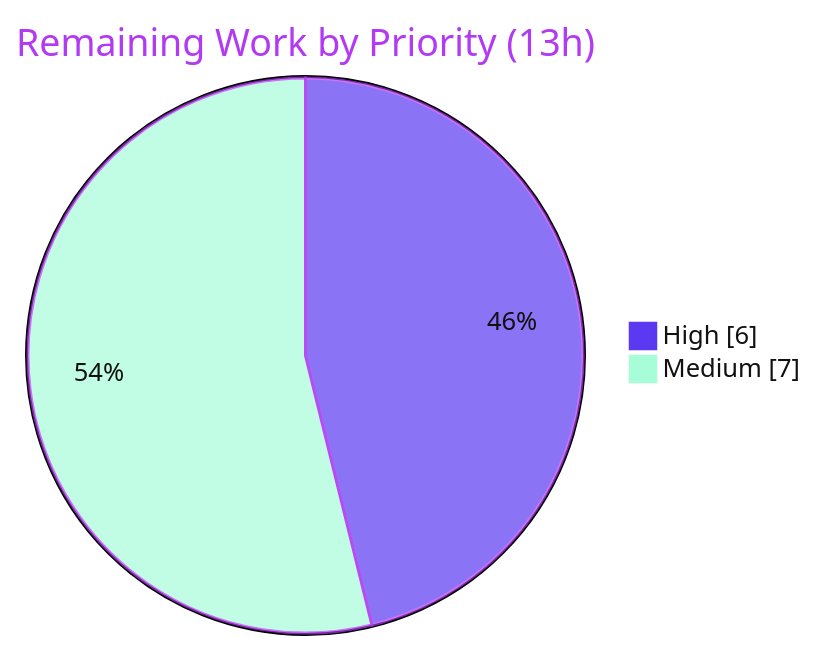
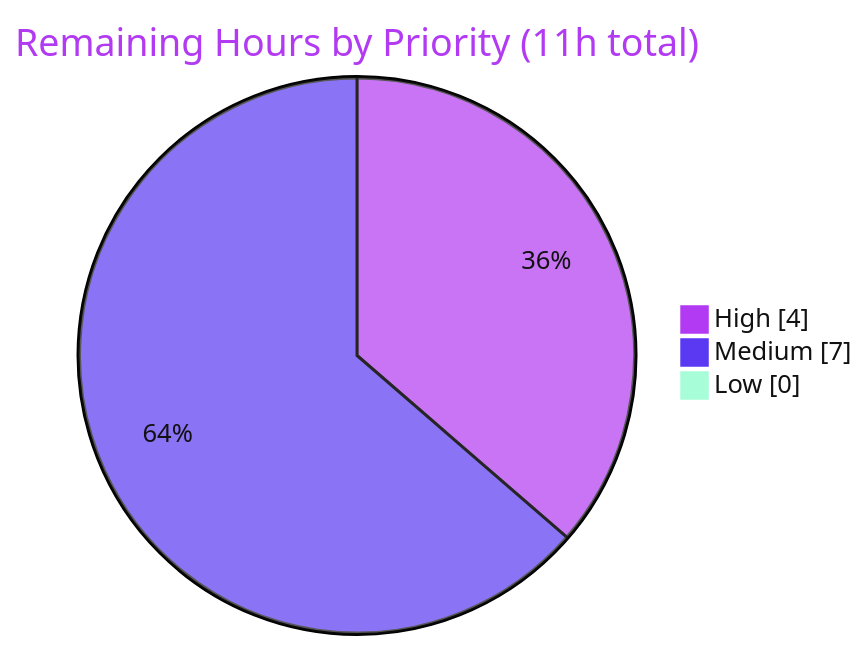
Before and after one commit to blitzy-public-samples/ecommerce-shop: the third of 4 diagrams in blitzy/documentation/Project Guide.md, drawn with Mermaid. The commit also changed other lines of this file, not shown here.

Commit message:
Adding Blitzy Project Guide: Project Status and Human Tasks Remaining

````diff
--- a/blitzy/documentation/Project Guide.md
+++ b/blitzy/documentation/Project Guide.md
@@ -210,6 +238,7 @@
 ```mermaid
-%%{init: {'theme':'base', 'themeVariables': {'pie1':'#5B39F3','pie2':'#A8FDD9','pieStrokeColor':'#B23AF2','pieTitleTextColor':'#B23AF2','pieSectionTextColor':'#111111','pieLegendTextColor':'#111111'}}}%%
-pie showData title Remaining Work by Priority (13h)
-    "High" : 6
+%%{init: {'theme':'base', 'themeVariables': {'pie1':'#B23AF2','pie2':'#5B39F3','pie3':'#A8FDD9','pieStrokeColor':'#111111','pieTitleTextColor':'#B23AF2','pieSectionTextColor':'#111111','pieLegendTextColor':'#111111'}}}%%
+pie showData title Remaining Hours by Priority (11h total)
+    "High" : 4
     "Medium" : 7
+    "Low" : 0
 ```
````
